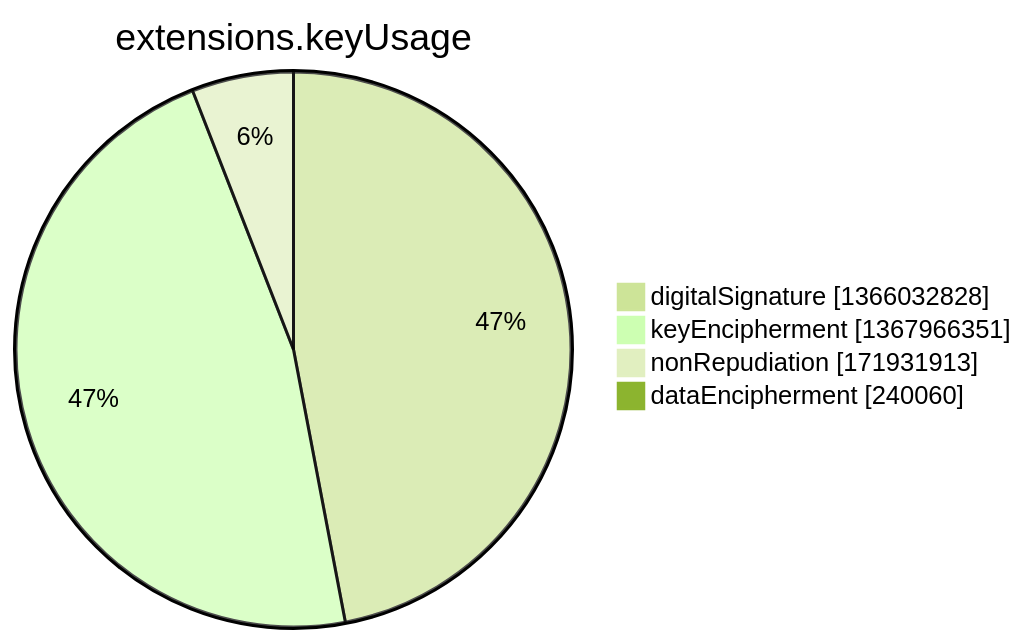
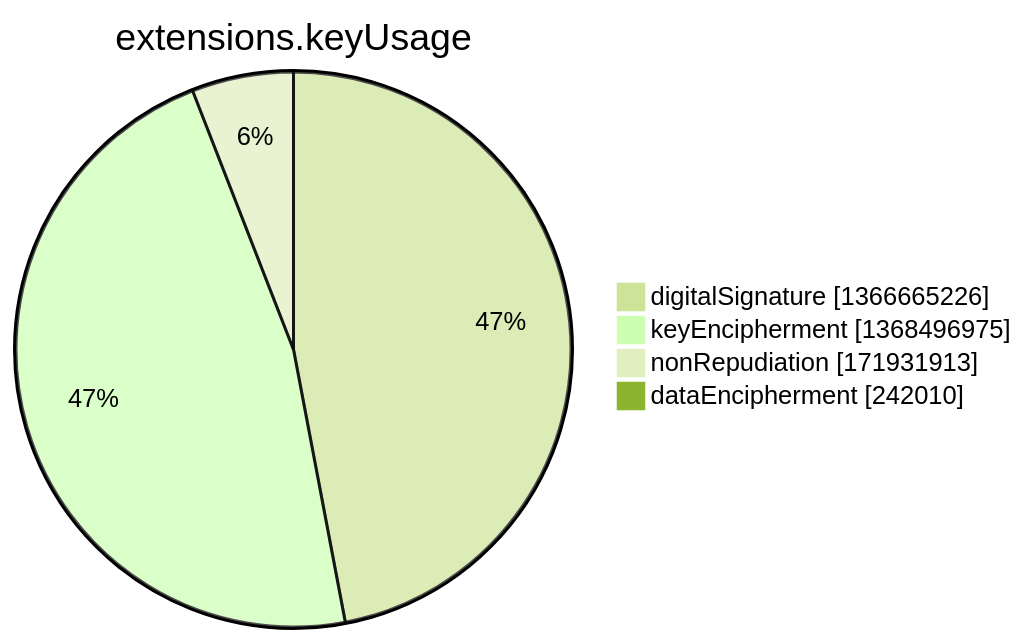
Before and after one commit to christiankrug/ctmonitor_visualization: the seventh of 15 diagrams in argon2022/README.md, drawn with Mermaid (forest theme). The commit also changed other lines of this file, not shown here.

````diff
--- a/argon2022/README.md
+++ b/argon2022/README.md
@@ -2751,8 +2751,8 @@
 ```mermaid
 pie showData
 title extensions.keyUsage
-"digitalSignature" :1366032828
-"keyEncipherment" :1367966351
+"digitalSignature" :1366665226
+"keyEncipherment" :1368496975
 "nonRepudiation" :171931913
-"dataEncipherment" :240060
+"dataEncipherment" :242010
 ```
````
